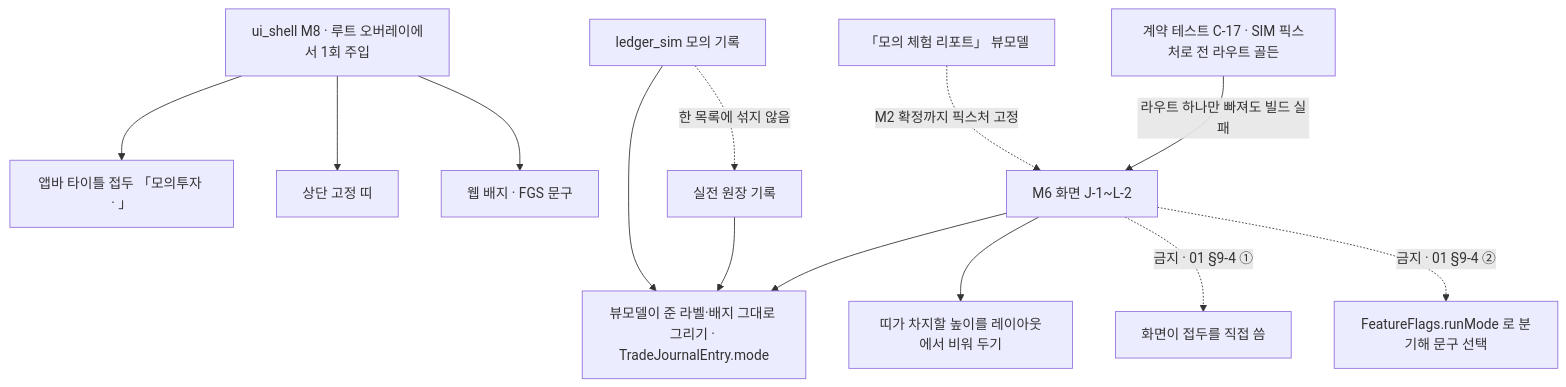
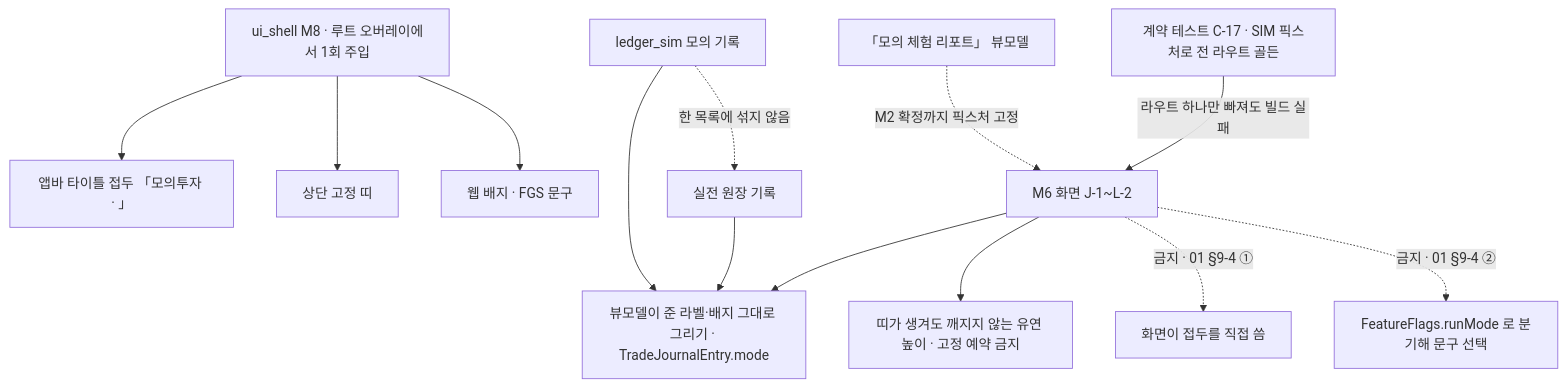
Before and after one commit to billybeom/AutoAlphaQuant: the sixth of 27 diagrams in docs/ai-context/02_화면명세_M6_매매일지_보유현황.md, drawn with Mermaid. The commit also changed other lines of this file and 14 other files, not shown here.

````diff
--- a/docs/ai-context/02_화면명세_M6_매매일지_보유현황.md
+++ b/docs/ai-context/02_화면명세_M6_매매일지_보유현황.md
@@ -366,16 +366,16 @@
 ```mermaid
 flowchart TD
   SHELL["ui_shell M8 · 루트 오버레이에서 1회 주입"]
   SHELL --> P1["앱바 타이틀 접두 「모의투자 · 」"]
   SHELL --> P2["상단 고정 띠"]
   SHELL --> P3["웹 배지 · FGS 문구"]
   M6["M6 화면 J-1~L-2"] --> D1["뷰모델이 준 라벨·배지 그대로 그리기 · TradeJournalEntry.mode"]
-  M6 --> D2["띠가 차지할 높이를 레이아웃에서 비워 두기"]
+  M6 --> D2["띠가 생겨도 깨지지 않는 유연 높이 · 고정 예약 금지"]
   M6 -.->|"금지 · 01 §9-4 ①"| N1["화면이 접두를 직접 씀"]
   M6 -.->|"금지 · 01 §9-4 ②"| N2["FeatureFlags.runMode 로 분기해 문구 선택"]
   SIM["ledger_sim 모의 기록"] --> D1
   LIVE["실전 원장 기록"] --> D1
   SIM -.->|"한 목록에 섞지 않음"| LIVE
   REPV["「모의 체험 리포트」 뷰모델"] -.->|"M2 확정까지 픽스처 고정"| M6
   C17["계약 테스트 C-17 · SIM 픽스처로 전 라우트 골든"] -->|"라우트 하나만 빠져도 빌드 실패"| M6
 ```
````
